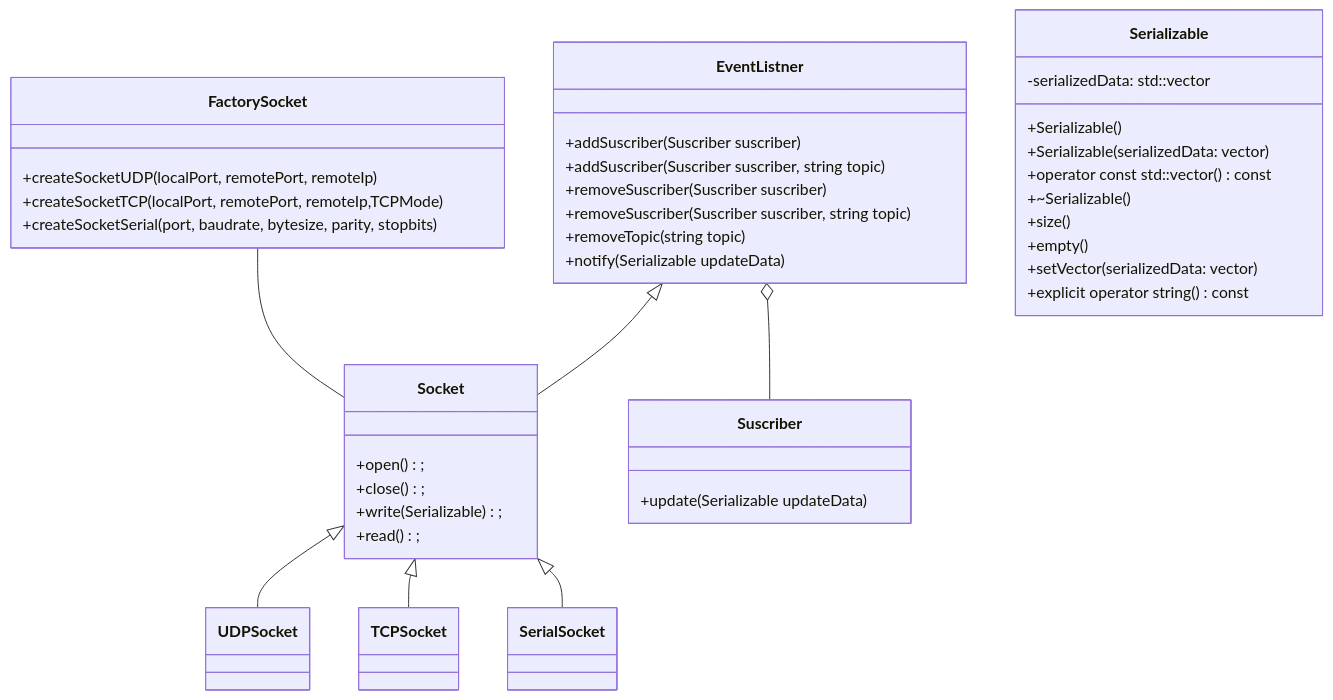
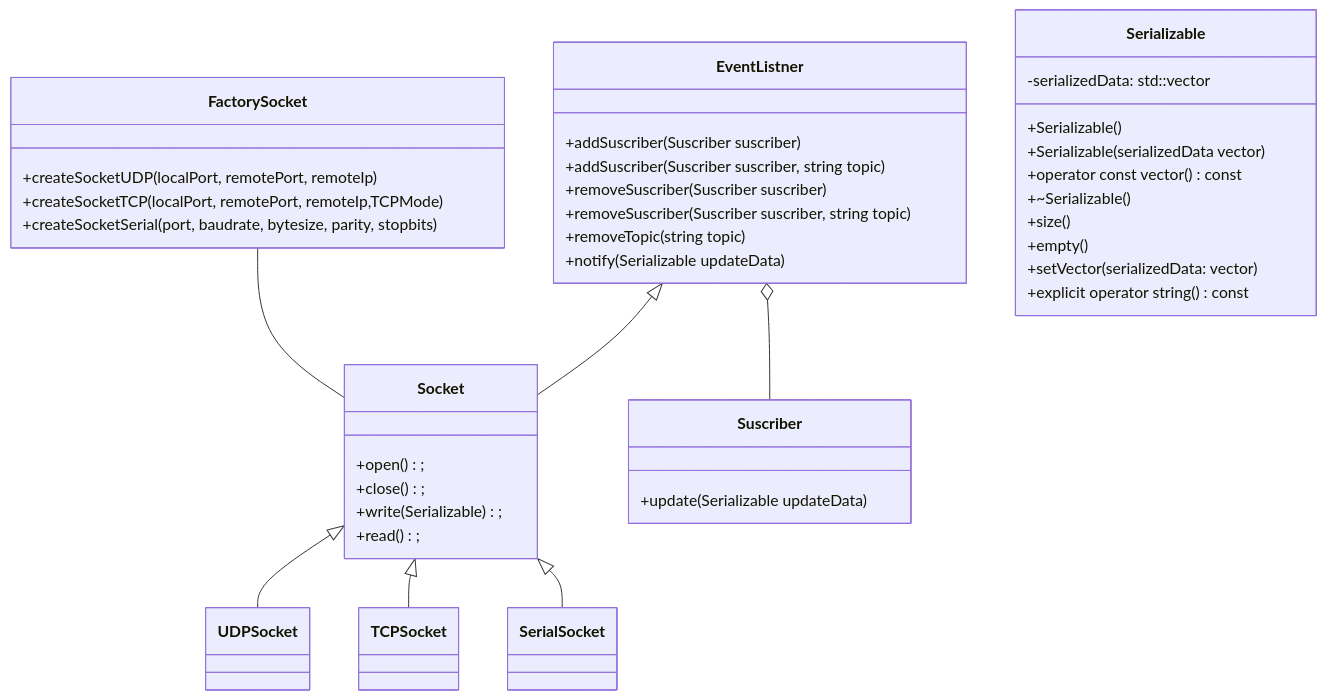
Before and after one commit to craboftw/Socket: the diagram in README.md, drawn with Mermaid.

````diff
--- a/README.md
+++ b/README.md
@@ -3,48 +3,48 @@
 ```mermaid
 classDiagram 
 Socket <|-- UDPSocket
 Socket <|-- TCPSocket
 Socket <|-- SerialSocket
 EventListner <|-- Socket
 EventListner o-- Suscriber
 FactorySocket --  Socket
 
 class FactorySocket{
     +createSocketUDP(localPort, remotePort, remoteIp)
     +createSocketTCP(localPort, remotePort, remoteIp,TCPMode)
     +createSocketSerial(port, baudrate, bytesize, parity, stopbits)
 }
 
 class Socket{
     +open();
     +close();
     +write(Serializable);
     +read();
 }
 
 class Serializable {
     +Serializable()
-    +Serializable(serializedData: vector<bytes>)
-    +operator const std::vector<bytes>() const
+    +Serializable(serializedData vector<bytes>)
+    +operator const vector<bytes>() const
     +~Serializable()
     +size()
     +empty()
     -serializedData: std::vector<bytes>
     +setVector(serializedData: vector<bytes>)
     +explicit operator string() const
 }
 
 class Suscriber{
     +update(Serializable updateData)
 }
 
 class EventListner{
     +addSuscriber(Suscriber suscriber)
     +addSuscriber(Suscriber suscriber, string topic)
     +removeSuscriber(Suscriber suscriber)
     +removeSuscriber(Suscriber suscriber, string topic)
     +removeTopic(string topic)
     +notify(Serializable updateData)
 }
 
 ```
````
